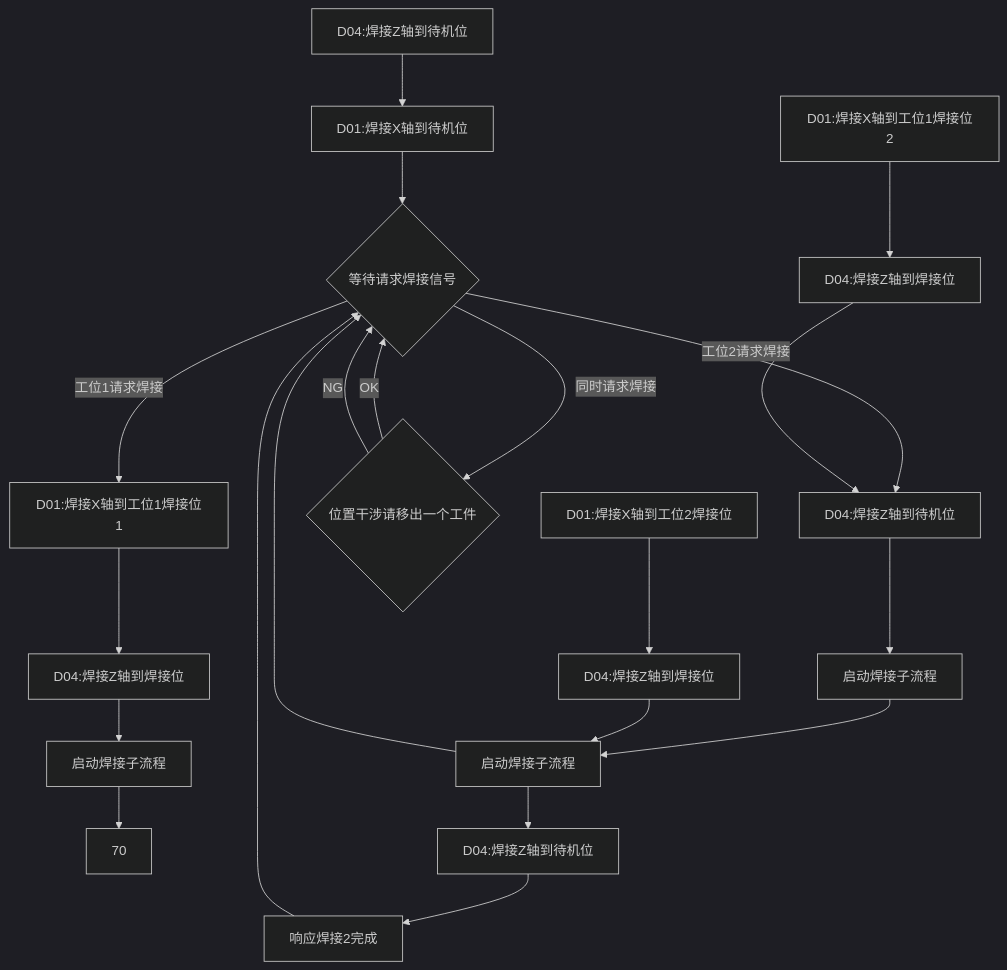
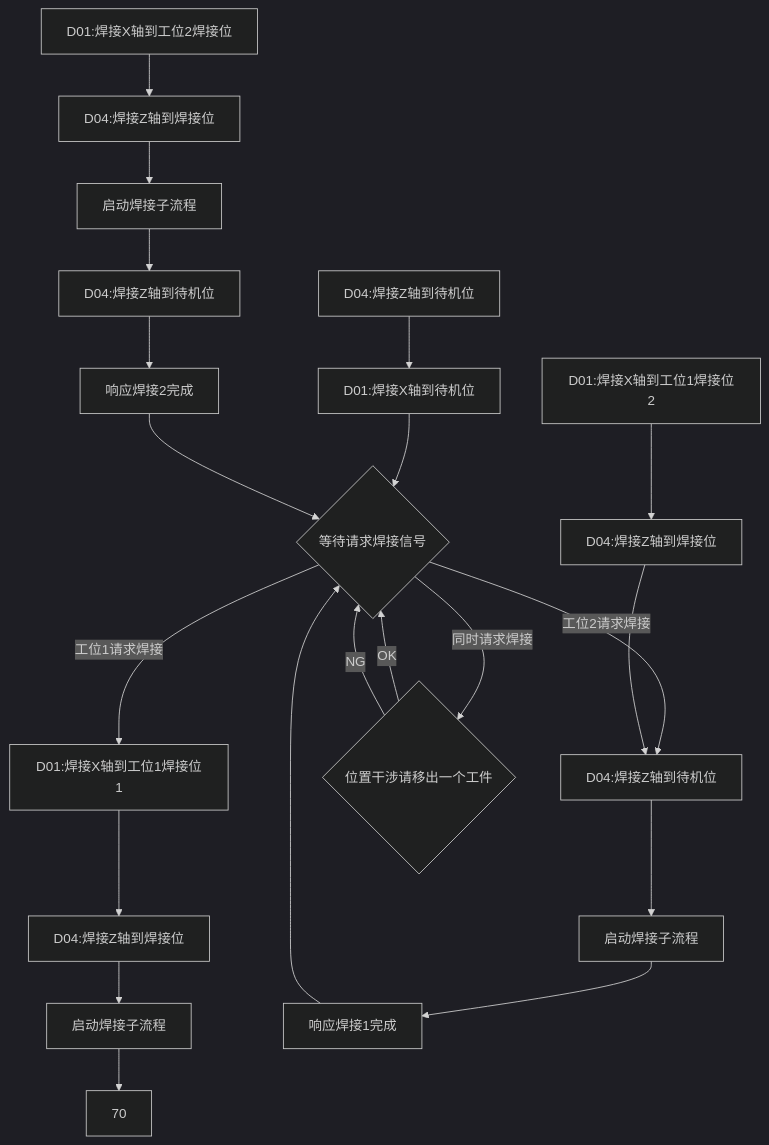
One commit to PengKun1/iodraw-files changed the diagram in all/OP20-1焊接工位自动流程.md. Above: the diagram before and after it, drawn with Mermaid (dark theme).

Commit message:
2024-08-07 14:10:16 update

````diff
--- a/all/OP20-1焊接工位自动流程.md
+++ b/all/OP20-1焊接工位自动流程.md
@@ -1,23 +1,23 @@
 ```mermaid
 graph TD
 10[D04:焊接Z轴到待机位]-->20
 20[D01:焊接X轴到待机位]-->30
 30{等待请求焊接信号}-->|工位1请求焊接|40
 30-->|工位2请求焊接|100
 30-->|同时请求焊接|900
 40[D01:焊接X轴到工位1焊接位1]-->50
 50[D04:焊接Z轴到焊接位]-->60
 60[启动焊接子流程]-->70
 80[D01:焊接X轴到工位1焊接位2]-->90
 90[D04:焊接Z轴到焊接位]-->100
 100[D04:焊接Z轴到待机位]-->110
 110[启动焊接子流程]-->120
 120[响应焊接1完成]-->30
 200[D01:焊接X轴到工位2焊接位]-->210
-210[D04:焊接Z轴到焊接位]-->120
-120[启动焊接子流程]-->130
-130[D04:焊接Z轴到待机位]-->140
+210[D04:焊接Z轴到焊接位]-->220
+220[启动焊接子流程]-->230
+230[D04:焊接Z轴到待机位]-->140
 140[响应焊接2完成]-->30
 900{位置干涉请移出一个工件}-->|OK|30
 900-->|NG|30
 ```
````
